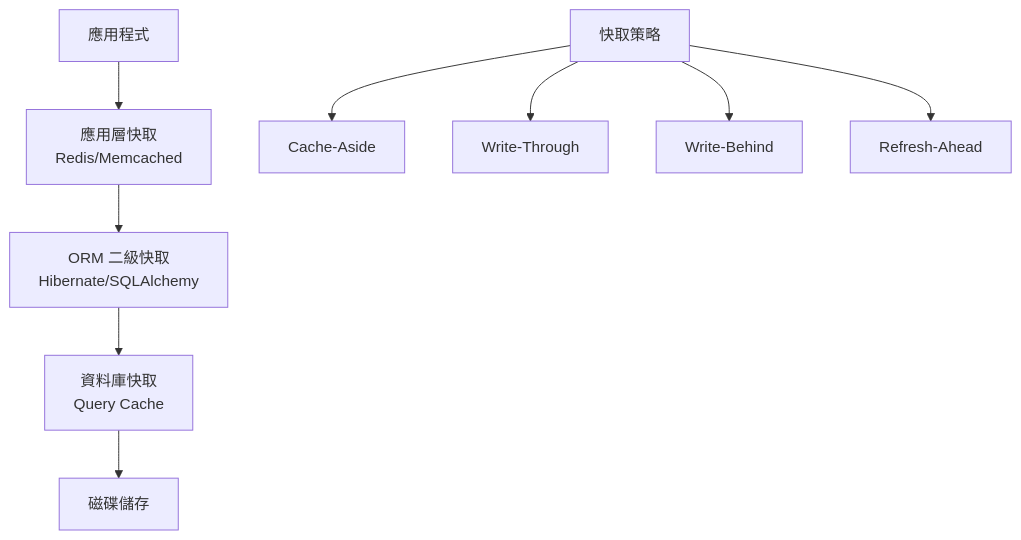
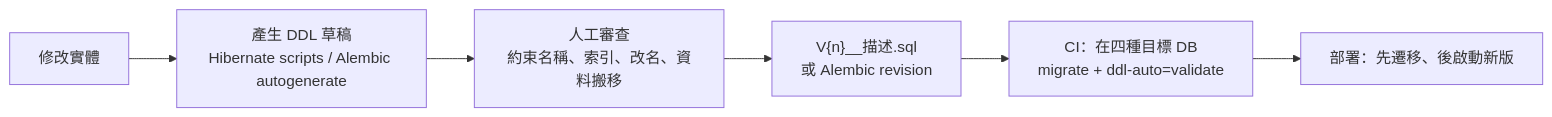
Before and after one commit to chihhung/Blog: diagram 11 of 13 in content/posts/教學/分析與設計/Object-Relational Mapping (ORM) 物件關聯對映教學.md, drawn with Mermaid. The commit also changed other lines of this file and 2 other files, not shown here.

Commit message:
docs: Refactoring and ORM doc update

````diff
--- a/content/posts/教學/分析與設計/Object-Relational Mapping (ORM) 物件關聯對映教學.md
+++ b/content/posts/教學/分析與設計/Object-Relational Mapping (ORM) 物件關聯對映教學.md
@@ -2811,12 +3661,8 @@
 ```mermaid
-graph TD
-    A[應用程式] --> B[應用層快取<br/>Redis/Memcached]
-    B --> C[ORM 二級快取<br/>Hibernate/SQLAlchemy]
-    C --> D[資料庫快取<br/>Query Cache]
-    D --> E[磁碟儲存]
-    
-    F[快取策略] --> F1[Cache-Aside]
-    F --> F2[Write-Through]
-    F --> F3[Write-Behind]
-    F --> F4[Refresh-Ahead]
+flowchart LR
+    A[修改實體] --> B[產生 DDL 草稿<br/>Hibernate scripts / Alembic autogenerate]
+    B --> C[人工審查<br/>約束名稱、索引、改名、資料搬移]
+    C --> D["V{n}__描述.sql<br/>或 Alembic revision"]
+    D --> E[CI：在四種目標 DB<br/>migrate + ddl-auto=validate]
+    E --> F[部署：先遷移、後啟動新版]
 ```
````
